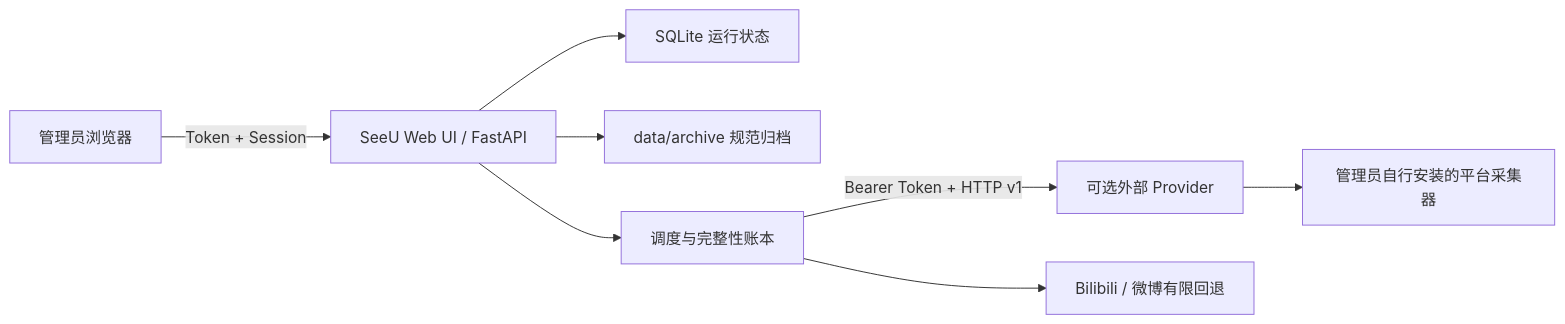
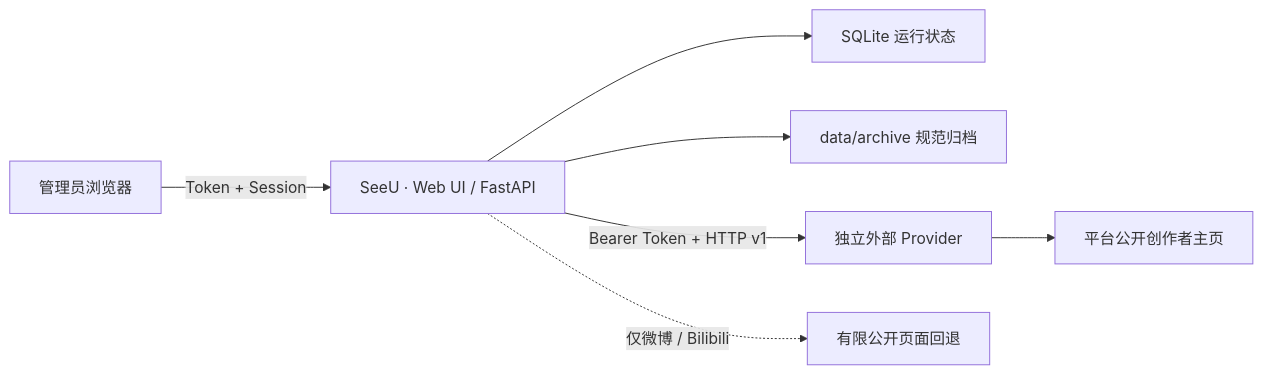
Before and after one commit to tsuiraku9/SeeU: the first of 2 diagrams in README.md, drawn with Mermaid. The commit also changed other lines of this file, not shown here.

````diff
--- a/README.md
+++ b/README.md
@@ -60,10 +206,9 @@
 ```mermaid
 flowchart LR
-    A["管理员浏览器"] -->|"Token + Session"| B["SeeU Web UI / FastAPI"]
-    B --> C["SQLite 运行状态"]
-    B --> D["data/archive 规范归档"]
-    B --> E["调度与完整性账本"]
-    E -->|"Bearer Token + HTTP v1"| F["可选外部 Provider"]
-    F --> G["管理员自行安装的平台采集器"]
-    E --> H["Bilibili / 微博有限回退"]
+    U["管理员浏览器"] -->|"Token + Session"| S["SeeU · Web UI / FastAPI"]
+    S --> DB["SQLite 运行状态"]
+    S --> AR["data/archive 规范归档"]
+    S -->|"Bearer Token + HTTP v1"| P["独立外部 Provider"]
+    P --> PUB["平台公开创作者主页"]
+    S -. "仅微博 / Bilibili" .-> F["有限公开页面回退"]
 ```
````
